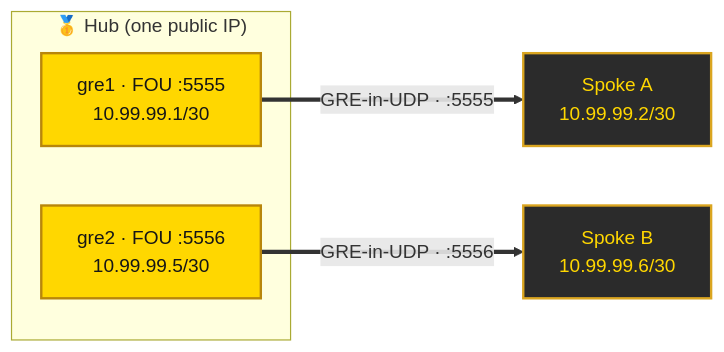
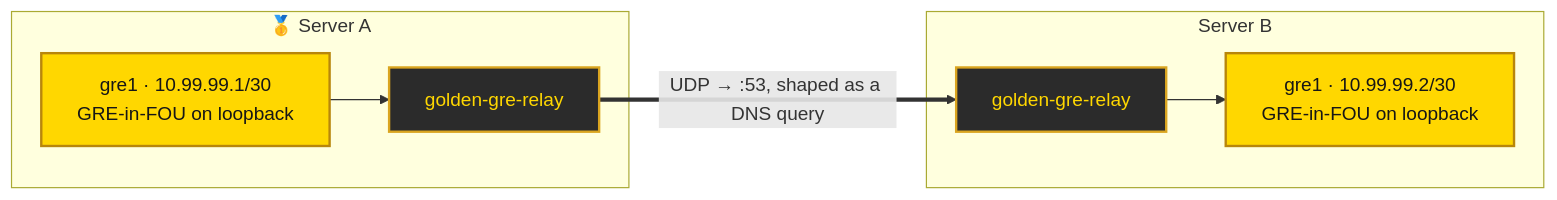
The diagram in README.md (LivingG0D/Golden-GRE), drawn with Mermaid before and after one commit. The commit also changed other lines of this file and 40 other files, not shown here.

First line of the commit message:
Carry GRE through a DNS-shaped relay; add the benchmark that found it

````diff
--- a/README.md
+++ b/README.md
@@ -44,17 +44,15 @@
 ```mermaid
 flowchart LR
-    subgraph HUB["🥇 Hub  (one public IP)"]
-      G1["gre1 · FOU :5555<br/>10.99.99.1/30"]
-      G2["gre2 · FOU :5556<br/>10.99.99.5/30"]
+    subgraph A["🥇 Server A"]
+      GA["gre1 · 10.99.99.1/30<br/>GRE-in-FOU on loopback"] --> RA["golden-gre-relay"]
     end
-    P1["Spoke A<br/>10.99.99.2/30"]
-    P2["Spoke B<br/>10.99.99.6/30"]
-
-    G1 == "GRE-in-UDP · :5555" ==> P1
-    G2 == "GRE-in-UDP · :5556" ==> P2
+    subgraph B["Server B"]
+      RB["golden-gre-relay"] --> GB["gre1 · 10.99.99.2/30<br/>GRE-in-FOU on loopback"]
+    end
+    RA == "UDP → :53, shaped as a DNS query" ==> RB
 
     classDef gold fill:#FFD700,stroke:#B8860B,stroke-width:2px,color:#161616;
     classDef spoke fill:#2b2b2b,stroke:#DAA520,stroke-width:2px,color:#FFD700;
-    class G1,G2 gold;
-    class P1,P2 spoke;
+    class GA,GB gold;
+    class RA,RB spoke;
 ```
````
